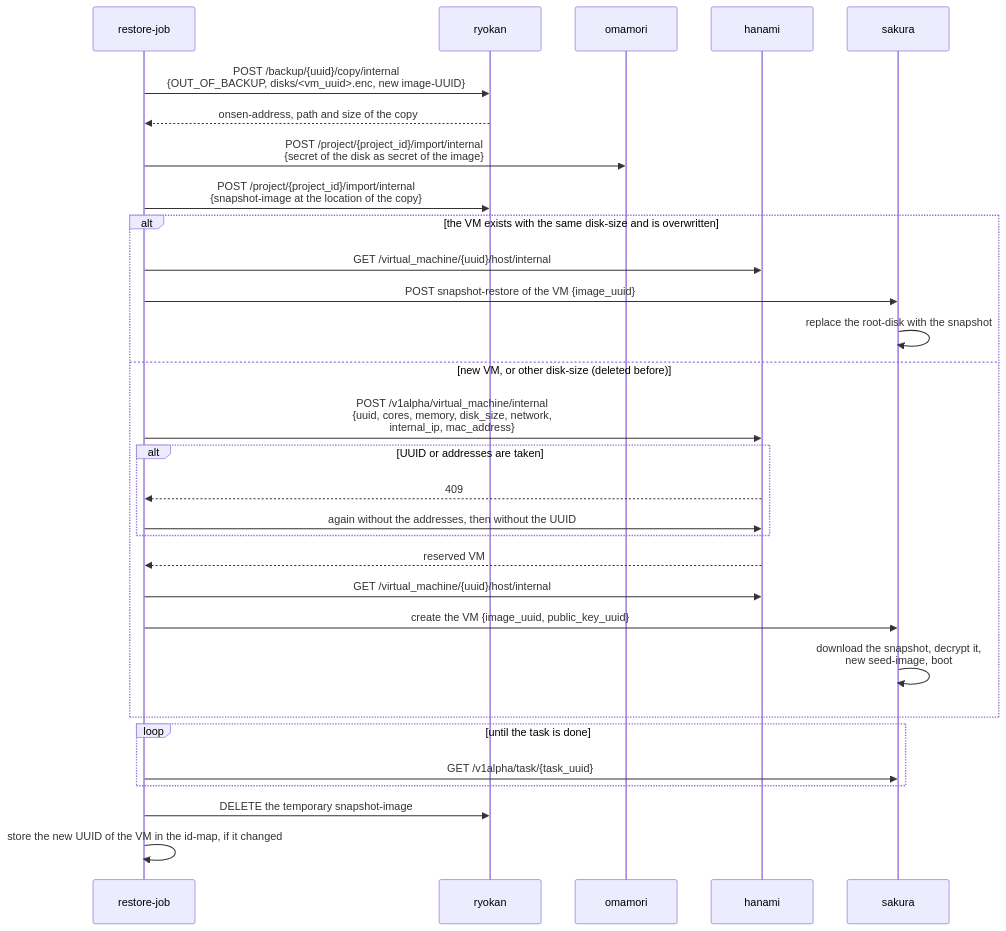
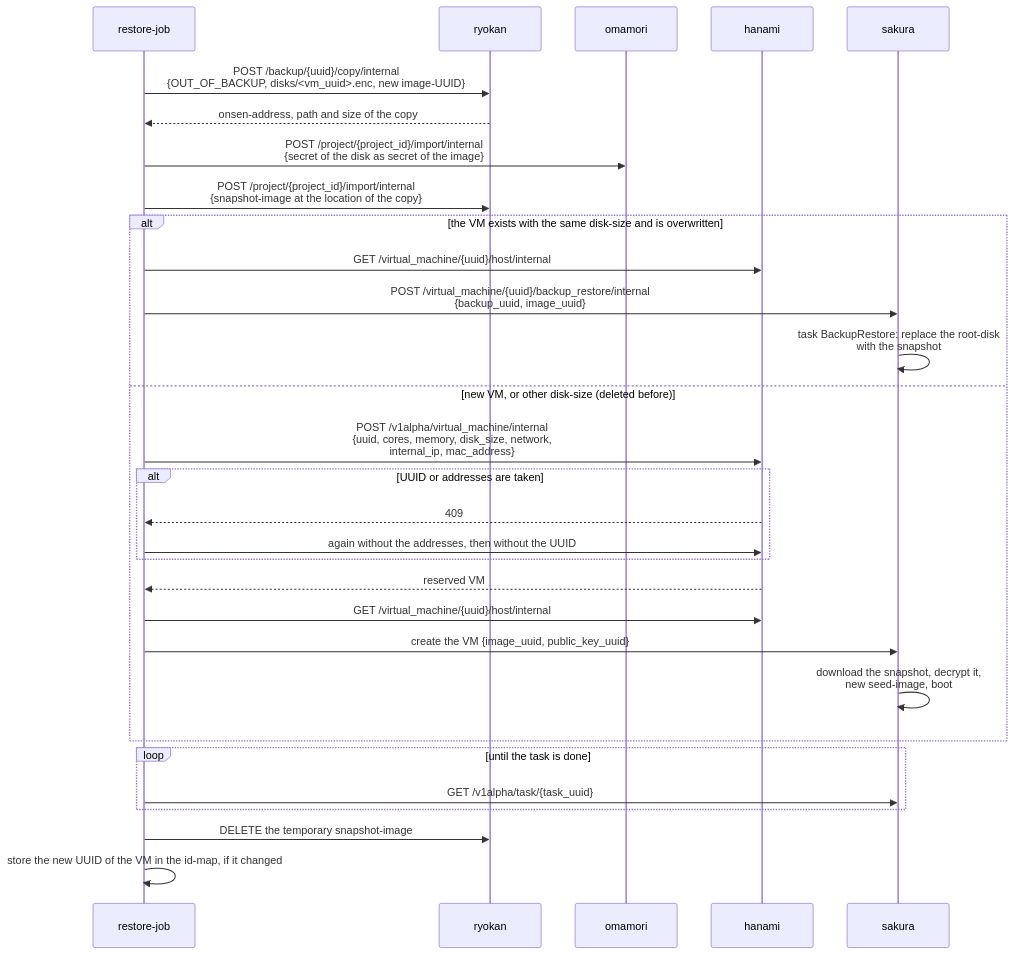
The sixth of 7 diagrams in docs/developer/sequence_diagrams/backup_restore.md (kitsudaiki/ainari), drawn with Mermaid before and after one commit. The commit also changed 14 other files, not shown here.

````diff
--- a/docs/developer/sequence_diagrams/backup_restore.md
+++ b/docs/developer/sequence_diagrams/backup_restore.md
@@ -223,33 +223,33 @@
 ```mermaid
 sequenceDiagram
     participant J as restore-job
     participant R as ryokan
     participant O as omamori
     participant H as hanami
     participant S as sakura
 
     J->>R: POST /backup/{uuid}/copy/internal<br/>{OUT_OF_BACKUP, disks/<vm_uuid>.enc, new image-UUID}
     R-->>J: onsen-address, path and size of the copy
     J->>O: POST /project/{project_id}/import/internal<br/>{secret of the disk as secret of the image}
     J->>R: POST /project/{project_id}/import/internal<br/>{snapshot-image at the location of the copy}
     alt the VM exists with the same disk-size and is overwritten
         J->>H: GET /virtual_machine/{uuid}/host/internal
-        J->>S: POST snapshot-restore of the VM {image_uuid}
-        S->>S: replace the root-disk with the snapshot
+        J->>S: POST /virtual_machine/{uuid}/backup_restore/internal<br/>{backup_uuid, image_uuid}
+        S->>S: task BackupRestore: replace the root-disk<br/>with the snapshot
     else new VM, or other disk-size (deleted before)
         J->>H: POST /v1alpha/virtual_machine/internal<br/>{uuid, cores, memory, disk_size, network,<br/>internal_ip, mac_address}
         alt UUID or addresses are taken
             H-->>J: 409
             J->>H: again without the addresses, then without the UUID
         end
         H-->>J: reserved VM
         J->>H: GET /virtual_machine/{uuid}/host/internal
         J->>S: create the VM {image_uuid, public_key_uuid}
         S->>S: download the snapshot, decrypt it,<br/>new seed-image, boot
     end
     loop until the task is done
         J->>S: GET /v1alpha/task/{task_uuid}
     end
     J->>R: DELETE the temporary snapshot-image
     J->>J: store the new UUID of the VM in the id-map, if it changed
 ```
````
